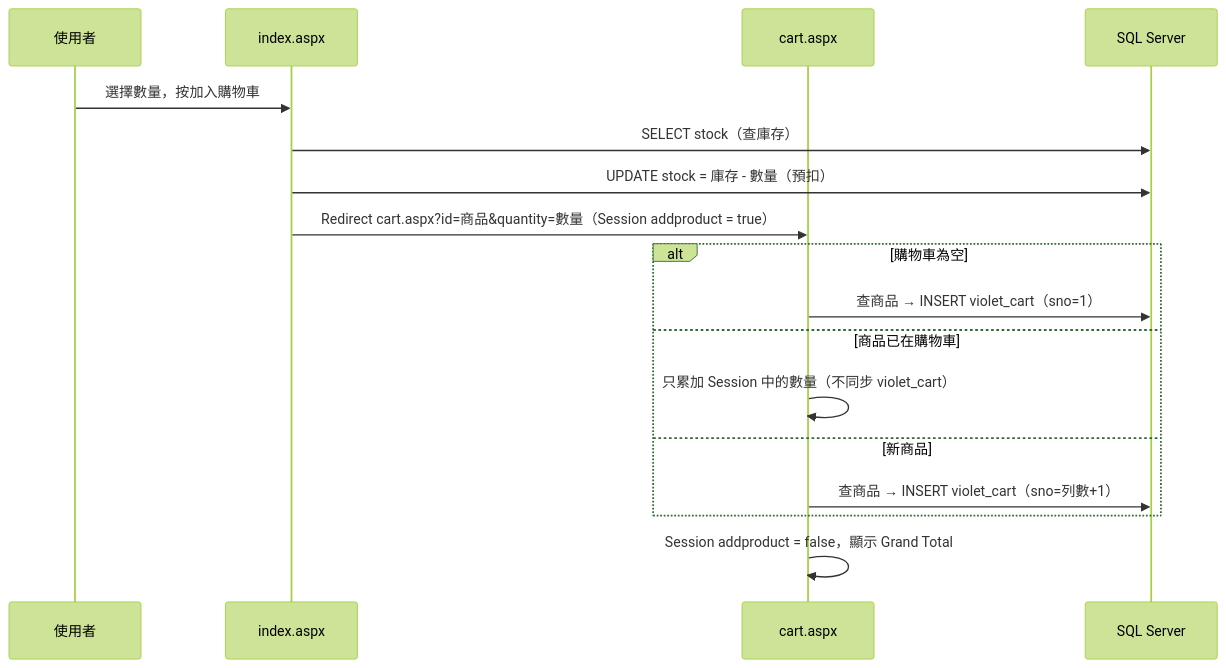
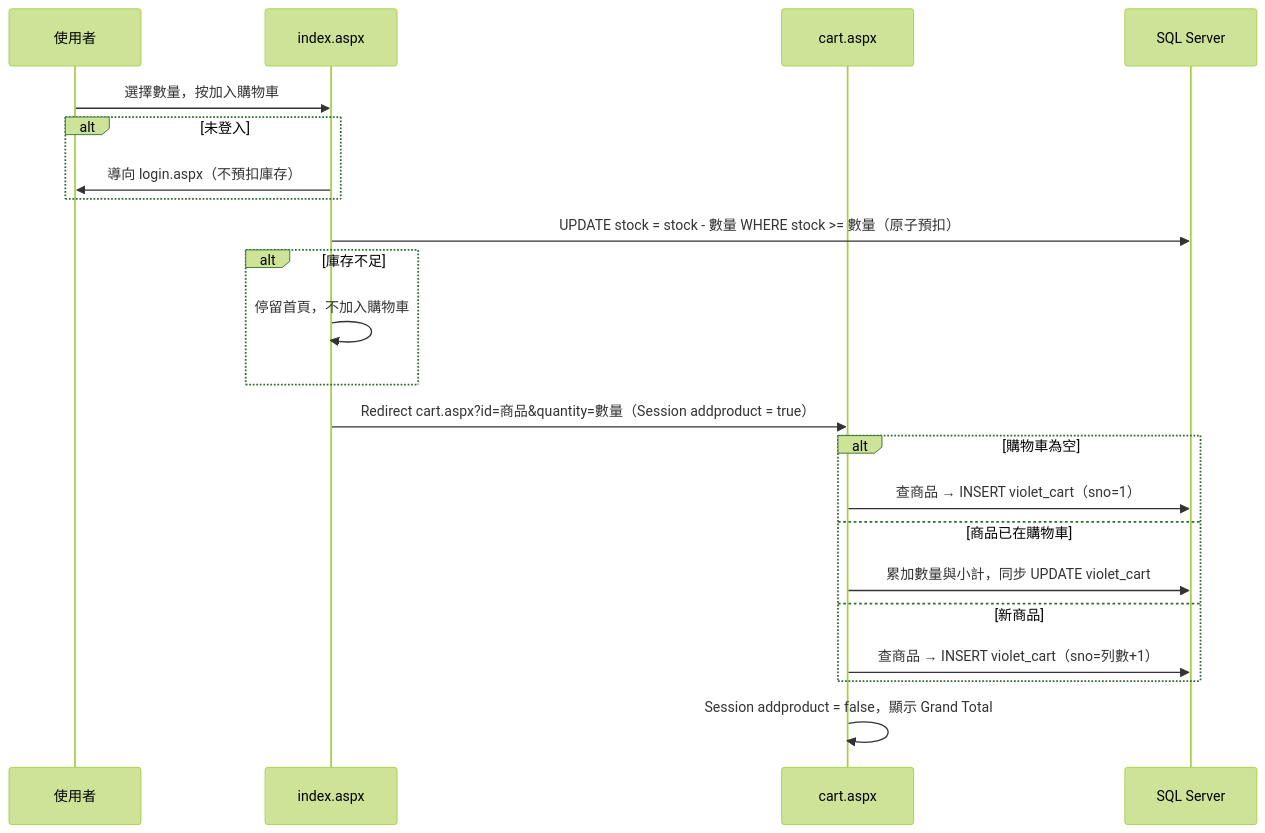
One commit to jeff1121/Shopping-Website changed the second of 2 diagrams in README.md. Above: the diagram before and after it, drawn with Mermaid (forest theme). The commit also changed other lines of this file and 22 other files, not shown here.

````diff
--- a/README.md
+++ b/README.md
@@ -302,19 +302,24 @@
 ```mermaid
 sequenceDiagram
     participant U as 使用者
     participant I as index.aspx
     participant C as cart.aspx
     participant DB as SQL Server
     U->>I: 選擇數量，按加入購物車
-    I->>DB: SELECT stock（查庫存）
-    I->>DB: UPDATE stock = 庫存 - 數量（預扣）
+    alt 未登入
+        I->>U: 導向 login.aspx（不預扣庫存）
+    end
+    I->>DB: UPDATE stock = stock - 數量 WHERE stock >= 數量（原子預扣）
+    alt 庫存不足
+        I->>I: 停留首頁，不加入購物車
+    end
     I->>C: Redirect cart.aspx?id=商品&quantity=數量（Session addproduct = true）
     alt 購物車為空
         C->>DB: 查商品 → INSERT violet_cart（sno=1）
     else 商品已在購物車
-        C->>C: 只累加 Session 中的數量（不同步 violet_cart）
+        C->>DB: 累加數量與小計，同步 UPDATE violet_cart
     else 新商品
         C->>DB: 查商品 → INSERT violet_cart（sno=列數+1）
     end
     C->>C: Session addproduct = false，顯示 Grand Total
 ```
````
